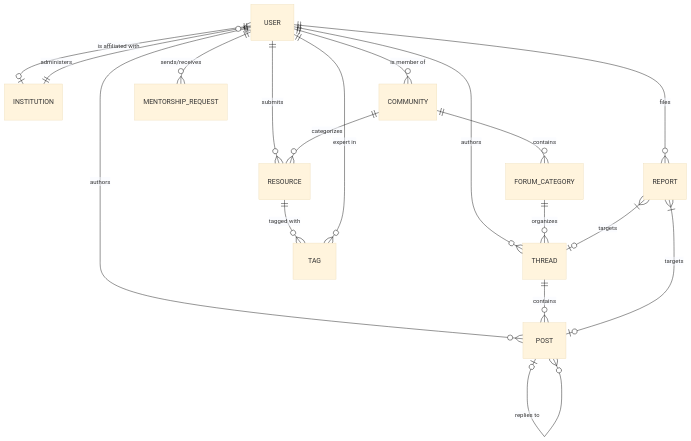
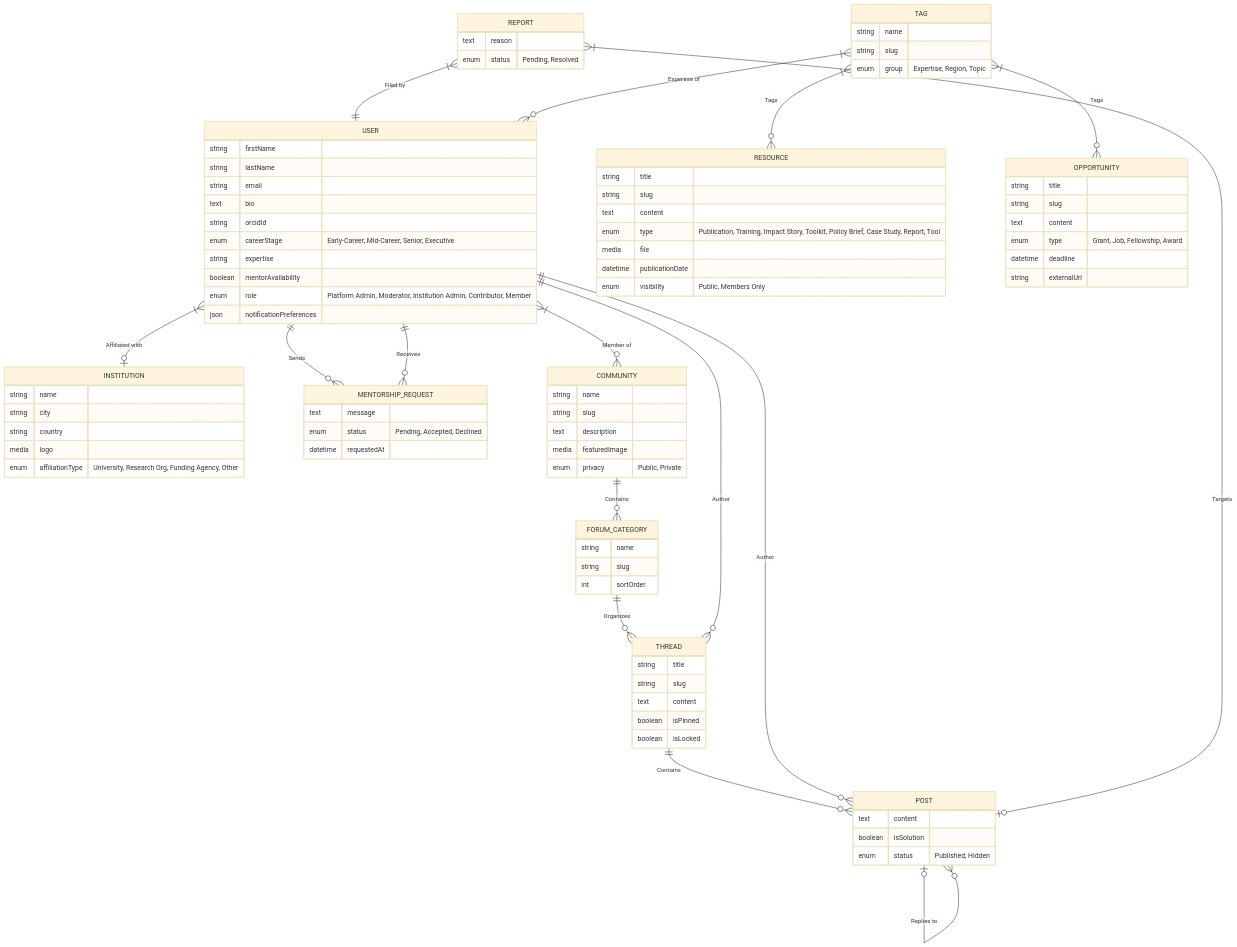
Before and after one commit to akvo/science-for-africa: the first of 2 diagrams in docs/science-of-africa-lld.md, drawn with Mermaid (base theme). The commit also changed other lines of this file, not shown here.

Commit message:
[#docs] docs: align LLD ERD with architecture source of truth

````diff
--- a/docs/science-of-africa-lld.md
+++ b/docs/science-of-africa-lld.md
@@ -56,24 +56,112 @@
 ```mermaid
 erDiagram
-    USER ||--o| INSTITUTION : "is affiliated with"
-    USER ||--o{ COMMUNITY : "is member of"
-    USER ||--o{ THREAD : "authors"
-    USER ||--o{ POST : "authors"
-    USER ||--o{ RESOURCE : "submits"
-    USER ||--o{ MENTORSHIP_REQUEST : "sends/receives"
-    USER ||--o{ REPORT : "files"
+    %% Identity & Institutions
+    USER {
+        string firstName
+        string lastName
+        string email
+        text bio
+        string orcidId
+        enum careerStage "Early-Career, Mid-Career, Senior, Executive"
+        string expertise
+        boolean mentorAvailability
+        enum role "Platform Admin, Moderator, Institution Admin, Contributor, Member"
+        json notificationPreferences
+    }
+
+    INSTITUTION {
+        string name
+        string city
+        string country
+        media logo
+        enum affiliationType "University, Research Org, Funding Agency, Other"
+    }
+
+    MENTORSHIP_REQUEST {
+        text message
+        enum status "Pending, Accepted, Declined"
+        datetime requestedAt
+    }
+
+    %% Community & Forums
+    COMMUNITY {
+        string name
+        string slug
+        text description
+        media featuredImage
+        enum privacy "Public, Private"
+    }
+
+    FORUM_CATEGORY {
+        string name
+        string slug
+        int sortOrder
+    }
+
+    THREAD {
+        string title
+        string slug
+        text content
+        boolean isPinned
+        boolean isLocked
+    }
+
+    POST {
+        text content
+        boolean isSolution
+        enum status "Published, Hidden"
+    }
+
+    REPORT {
+        text reason
+        enum status "Pending, Resolved"
+    }
+
+    %% Knowledge Base & Resources
+    RESOURCE {
+        string title
+        string slug
+        text content
+        enum type "Publication, Training, Impact Story, Toolkit, Policy Brief, Case Study, Report, Tool"
+        media file
+        datetime publicationDate
+        enum visibility "Public, Members Only"
+    }
+
+    OPPORTUNITY {
+        string title
+        string slug
+        text content
+        enum type "Grant, Job, Fellowship, Award"
+        datetime deadline
+        string externalUrl
+    }
+
+    %% Taxonomy
+    TAG {
+        string name
+        string slug
+        enum group "Expertise, Region, Topic"
+    }
+
+    %% Relationships
+    USER }|--o| INSTITUTION : "Affiliated with"
+    USER ||--o{ MENTORSHIP_REQUEST : "Sends"
+    USER ||--o{ MENTORSHIP_REQUEST : "Receives"
     
-    INSTITUTION ||--o{ USER : "administers"
-    COMMUNITY ||--o{ FORUM_CATEGORY : "contains"
-    COMMUNITY ||--o{ RESOURCE : "categorizes"
-    
-    FORUM_CATEGORY ||--o{ THREAD : "organizes"
-    THREAD ||--o{ POST : "contains"
-    POST |o--o{ POST : "replies to"
-    
-    RESOURCE ||--o{ TAG : "tagged with"
-    USER ||--o{ TAG : "expert in"
-    
-    REPORT }|--o| POST : "targets"
-    REPORT }|--o| THREAD : "targets"
+    USER }|--o{ COMMUNITY : "Member of"
+    COMMUNITY ||--o{ FORUM_CATEGORY : "Contains"
+    FORUM_CATEGORY ||--o{ THREAD : "Organizes"
+    THREAD ||--o{ POST : "Contains"
+    POST |o--o{ POST : "Replies to"
+
+    USER ||--o{ THREAD : "Author"
+    USER ||--o{ POST : "Author"
+
+    REPORT }|--|| USER : "Filed by"
+    REPORT }|--o| POST : "Targets"
+
+    TAG }|--o{ RESOURCE : "Tags"
+    TAG }|--o{ OPPORTUNITY : "Tags"
+    TAG }|--o{ USER : "Expertise of"
 ```
````
